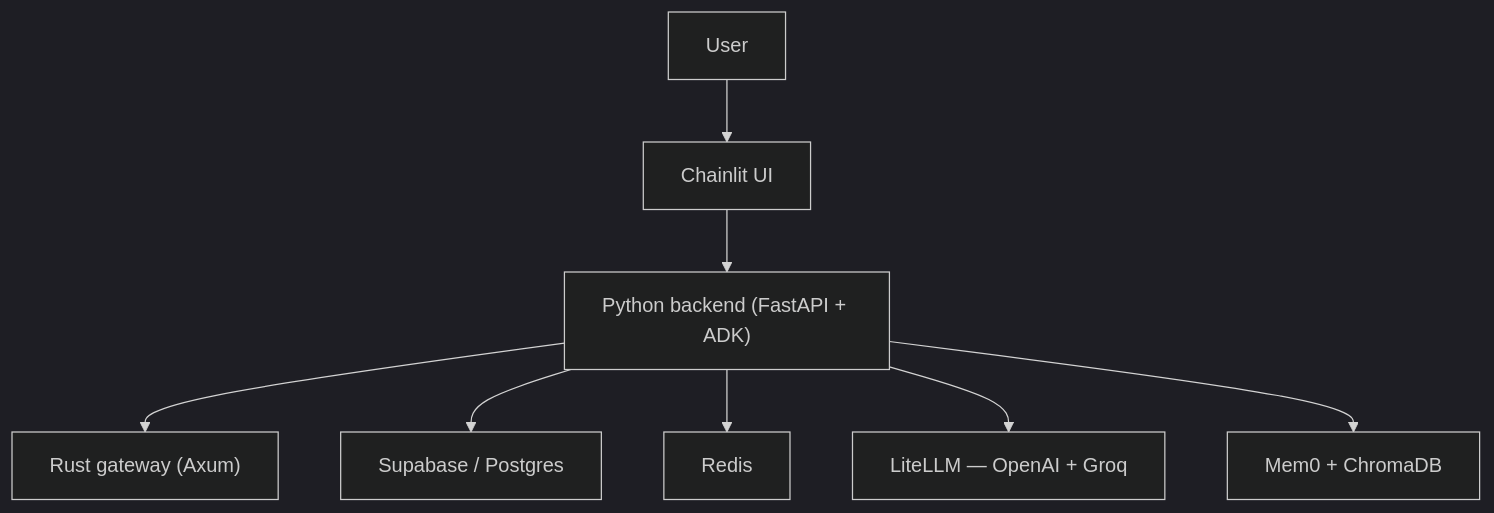
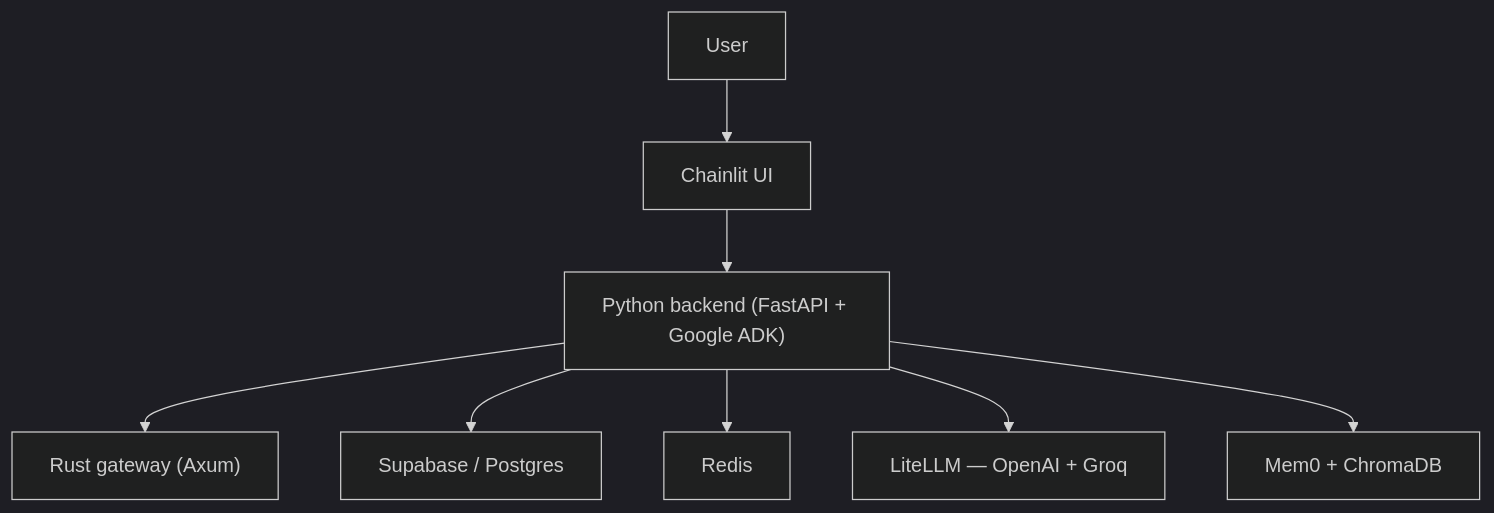
One commit to muhammadhasaan82/AI_Property_Booking_concierge changed the first of 2 diagrams in README.md. Above: the diagram before and after it, drawn with Mermaid (dark theme). The commit also changed other lines of this file, not shown here.

````diff
--- a/README.md
+++ b/README.md
@@ -18,10 +11,10 @@
 ```mermaid
 flowchart TD
     U["User"] --> CL["Chainlit UI"]
-    CL --> PY["Python backend (FastAPI + ADK)"]
+    CL --> PY["Python backend (FastAPI + Google ADK)"]
     PY --> RS["Rust gateway (Axum)"]
     PY --> DB["Supabase / Postgres"]
     PY --> RD["Redis"]
     PY --> LLM["LiteLLM — OpenAI + Groq"]
     PY --> MEM["Mem0 + ChromaDB"]
 ```
````
